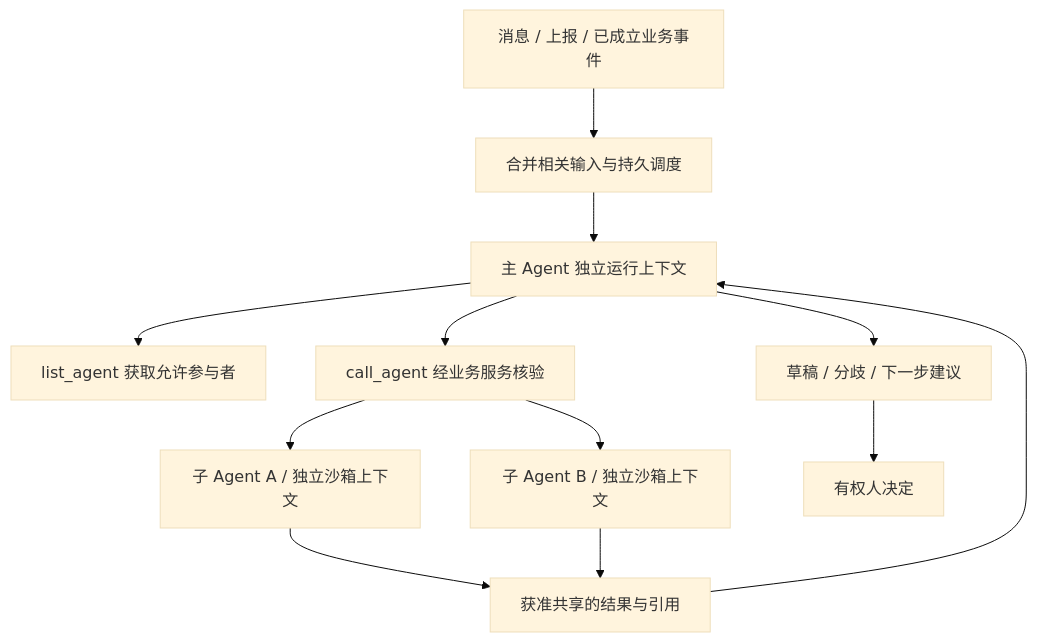
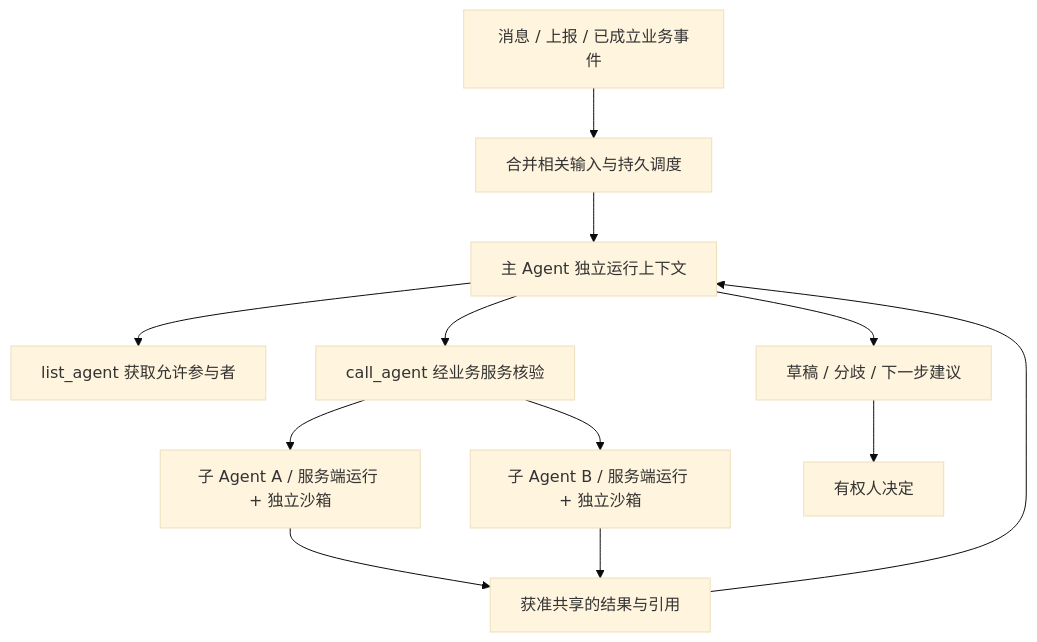
Before and after one commit to kakj-go/Judex: the diagram in docs/详细设计/06-Agent执行与上下文.md, drawn with Mermaid (base theme). The commit also changed other lines of this file and 27 other files, not shown here.

````diff
--- a/docs/详细设计/06-Agent执行与上下文.md
+++ b/docs/详细设计/06-Agent执行与上下文.md
@@ -13,14 +13,14 @@
 ```mermaid
 flowchart TB
     E[消息 / 上报 / 已成立业务事件] --> Q[合并相关输入与持久调度]
     Q --> M[主 Agent 独立运行上下文]
     M --> L[list_agent 获取允许参与者]
     M --> C[call_agent 经业务服务核验]
-    C --> A[子 Agent A / 独立沙箱上下文]
-    C --> B[子 Agent B / 独立沙箱上下文]
+    C --> A[子 Agent A / 服务端运行 + 独立沙箱]
+    C --> B[子 Agent B / 服务端运行 + 独立沙箱]
     A --> R[获准共享的结果与引用]
     B --> R
     R --> M
     M --> P[草稿 / 分歧 / 下一步建议]
     P --> H[有权人决定]
 ```
````
